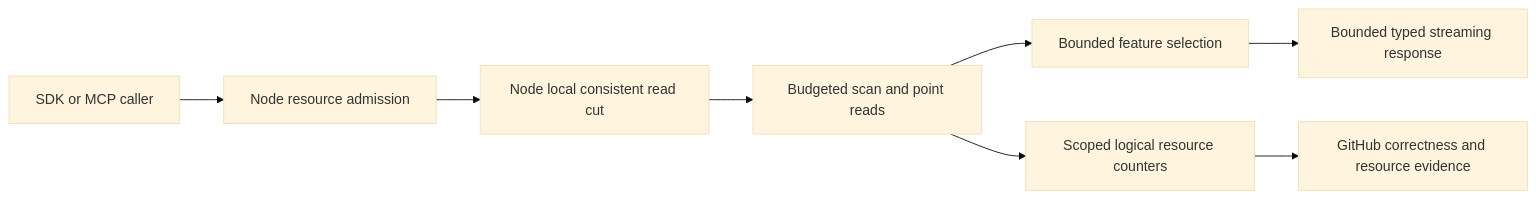
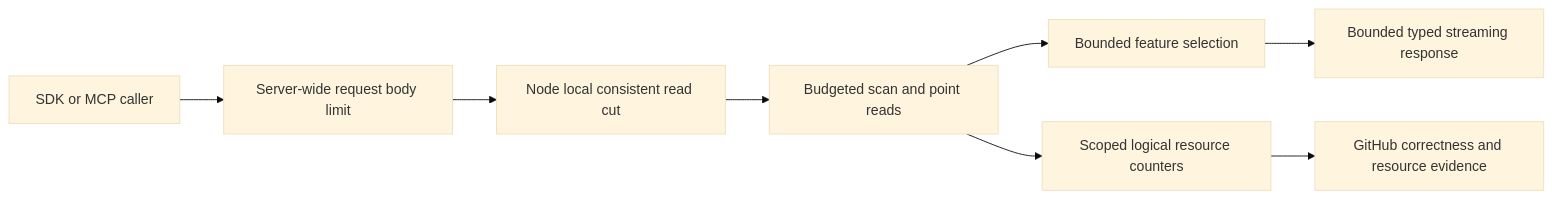
The first of 2 diagrams in docs/Features/ResourceExecution.md (managedcode/KeyLoad), drawn with Mermaid (base theme) before and after one commit. The commit also changed other lines of this file and 400 other files, not shown here.

````diff
--- a/docs/Features/ResourceExecution.md
+++ b/docs/Features/ResourceExecution.md
@@ -206,10 +203,10 @@
 ```mermaid
 flowchart LR
-    Caller[SDK or MCP caller] --> Admission[Node resource admission]
-    Admission --> ReadCut[Node local consistent read cut]
+    Caller[SDK or MCP caller] --> Body[Server-wide request body limit]
+    Body --> ReadCut[Node local consistent read cut]
     ReadCut --> Work[Budgeted scan and point reads]
     Work --> Selection[Bounded feature selection]
     Selection --> Response[Bounded typed streaming response]
     Work --> Counters[Scoped logical resource counters]
     Counters --> CI[GitHub correctness and resource evidence]
 ```
````
